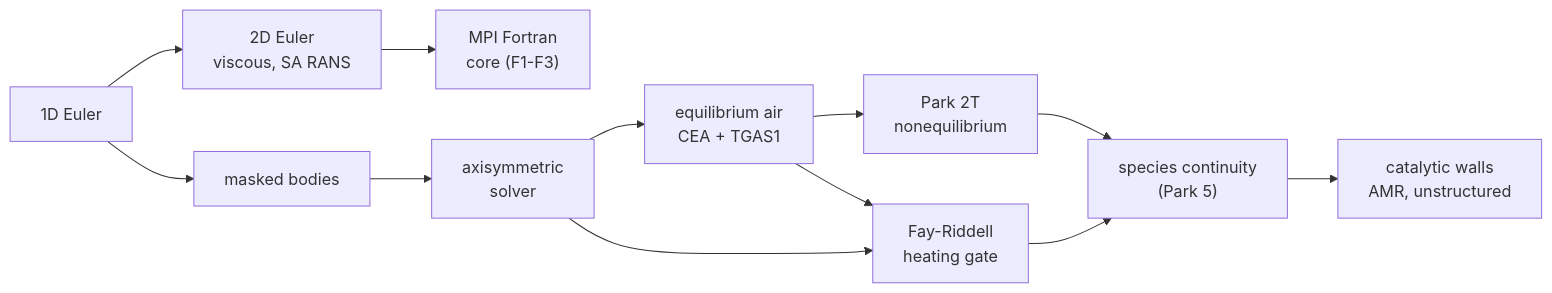
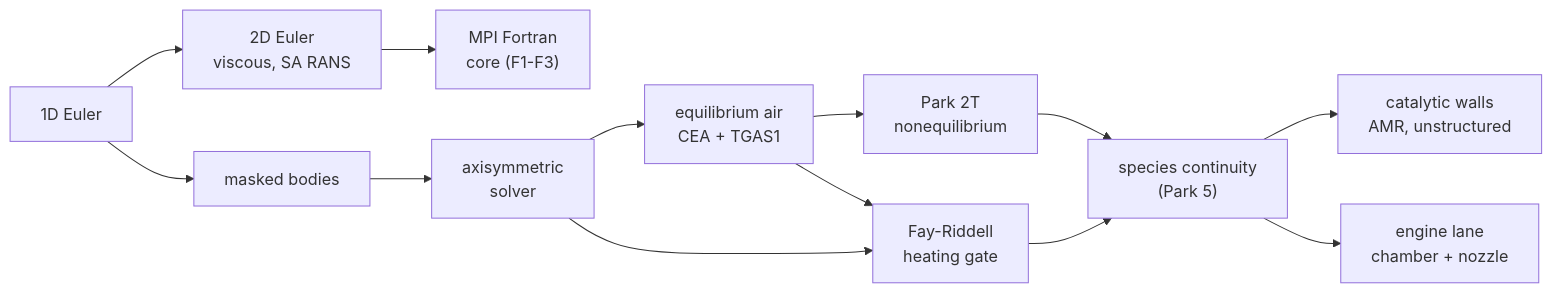
One commit to totallynotbrent/nuFor changed the diagram in docs/roadmap.md. Above: the diagram before and after it, drawn with Mermaid. The commit also changed other lines of this file and 136 other files, not shown here.

First line of the commit message:
bring the axisymmetric viscous lane, the engine lane and the evidence to main

````diff
--- a/docs/roadmap.md
+++ b/docs/roadmap.md
@@ -75,15 +77,16 @@
 ```mermaid
 flowchart LR
     A["1D Euler"] --> B["2D Euler<br/>viscous, SA RANS"]
     B --> C["MPI Fortran<br/>core (F1-F3)"]
     A --> D["masked bodies"]
     D --> E["axisymmetric<br/>solver"]
     E --> F["equilibrium air<br/>CEA + TGAS1"]
     F --> G["Park 2T<br/>nonequilibrium"]
     F --> H["Fay-Riddell<br/>heating gate"]
     H --> I["species continuity<br/>(Park 5)"]
 
     I --> K["catalytic walls<br/>AMR, unstructured"]
+    I --> J["engine lane<br/>chamber + nozzle"]
     G --> I
     E --> H
 ```
````
